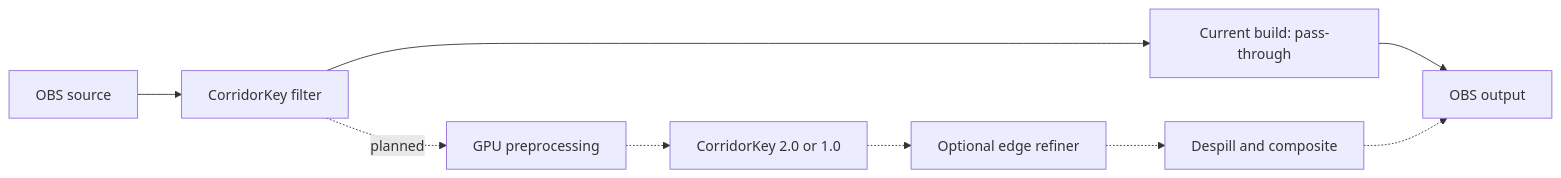
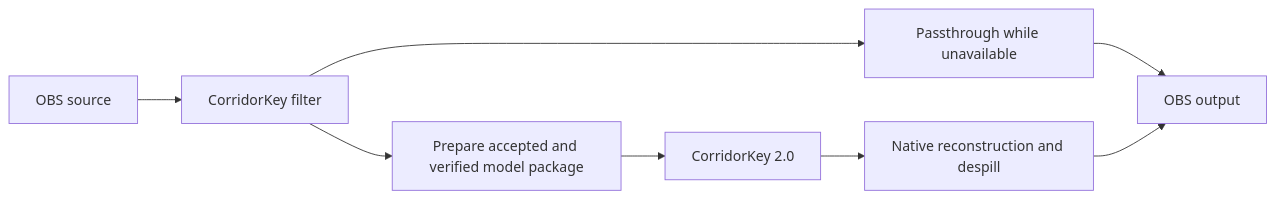
One commit to MinersWin/CorridorKey-for-OBS changed the diagram in README.md. Above: the diagram before and after it, drawn with Mermaid. The commit also changed other lines of this file and 18 other files, not shown here.

````diff
--- a/README.md
+++ b/README.md
@@ -25,10 +25,9 @@
 ```mermaid
 flowchart LR
   input[OBS source] --> filter[CorridorKey filter]
-  filter --> passthrough[Current build: pass-through] --> output[OBS output]
-  filter -. planned .-> prep[GPU preprocessing]
-  prep -.-> model[CorridorKey 2.0 or 1.0]
-  model -.-> refiner[Optional edge refiner]
-  refiner -.-> composite[Despill and composite]
-  composite -.-> output
+  filter --> passthrough[Passthrough while unavailable] --> output[OBS output]
+  filter --> prep[Prepare accepted and verified model package]
+  prep --> model[CorridorKey 2.0]
+  model --> composite[Native reconstruction and despill]
+  composite --> output
 ```
````
